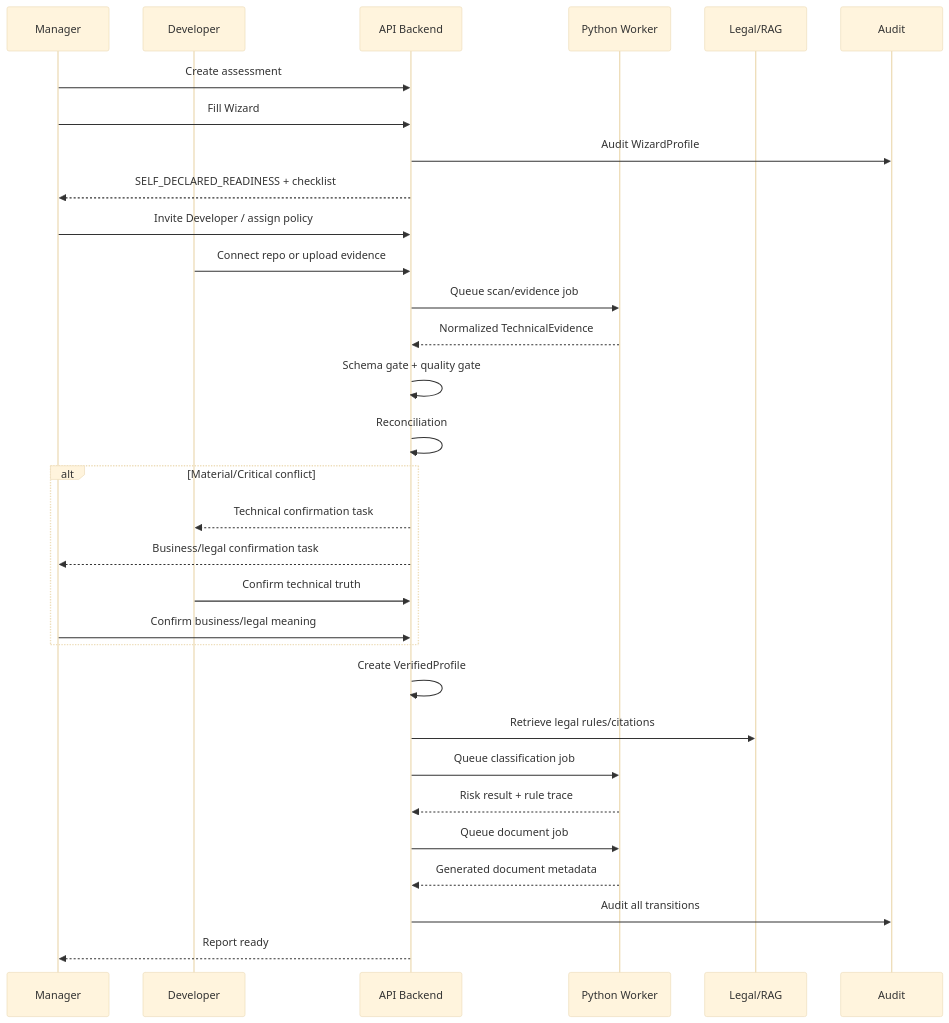
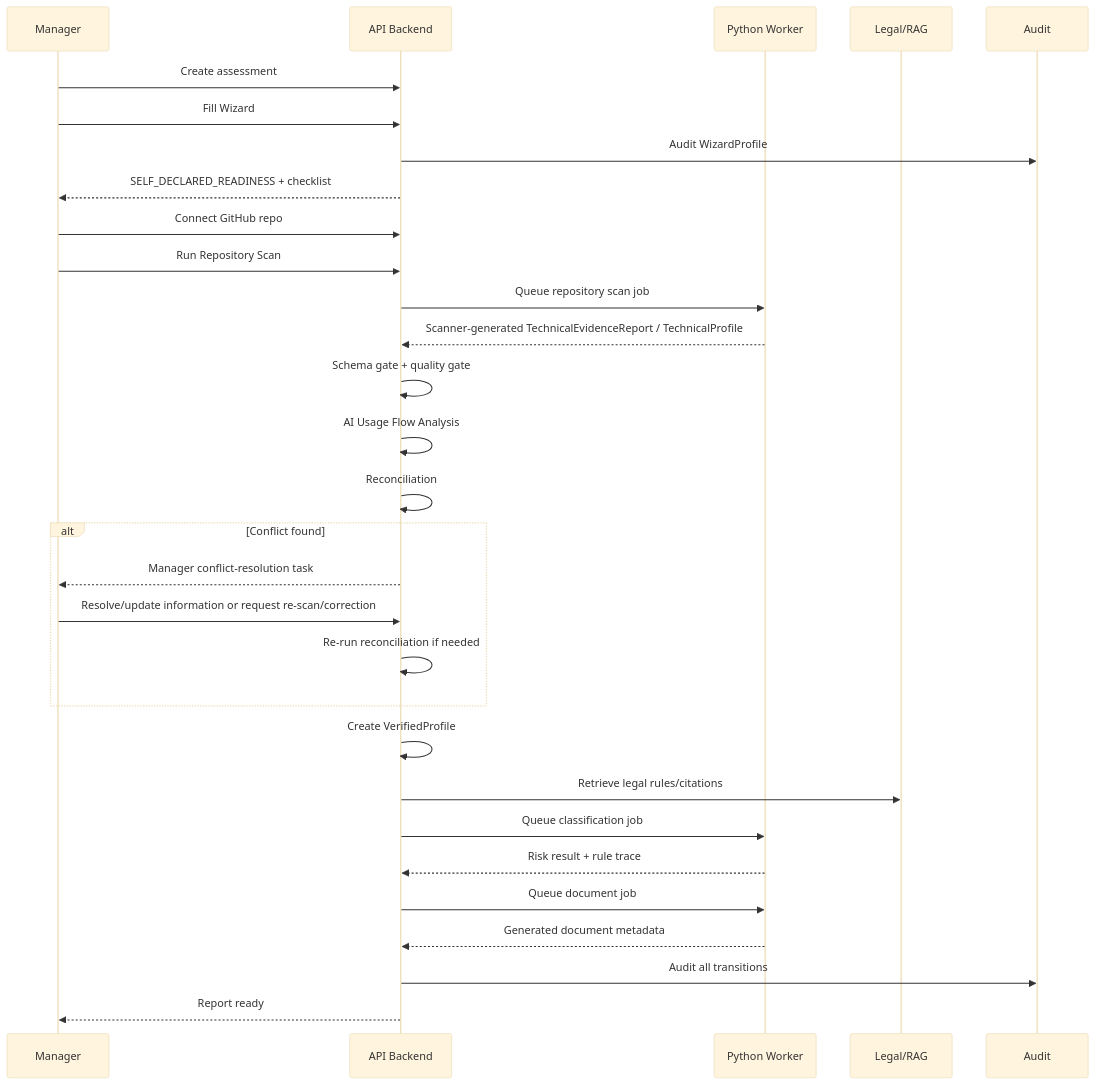
The second of 4 diagrams in docs/architecture/architecture.md (khovan123/LCSP), drawn with Mermaid (base theme) before and after one commit. The commit also changed other lines of this file and 122 other files, not shown here.

````diff
--- a/docs/architecture/architecture.md
+++ b/docs/architecture/architecture.md
@@ -301,34 +320,33 @@
 ```mermaid
 sequenceDiagram
     participant M as Manager
-    participant D as Developer
     participant API as API Backend
     participant W as Python Worker
     participant R as Legal/RAG
     participant A as Audit
 
     M->>API: Create assessment
     M->>API: Fill Wizard
     API->>A: Audit WizardProfile
     API-->>M: SELF_DECLARED_READINESS + checklist
-    M->>API: Invite Developer / assign policy
-    D->>API: Connect repo or upload evidence
-    API->>W: Queue scan/evidence job
-    W-->>API: Normalized TechnicalEvidence
+    M->>API: Connect GitHub repo
+    M->>API: Run Repository Scan
+    API->>W: Queue repository scan job
+    W-->>API: Scanner-generated TechnicalEvidenceReport / TechnicalProfile
     API->>API: Schema gate + quality gate
+    API->>API: AI Usage Flow Analysis
     API->>API: Reconciliation
-    alt Material/Critical conflict
-        API-->>D: Technical confirmation task
-        API-->>M: Business/legal confirmation task
-        D->>API: Confirm technical truth
-        M->>API: Confirm business/legal meaning
+    alt Conflict found
+        API-->>M: Manager conflict-resolution task
+        M->>API: Resolve/update information or request re-scan/correction
+        API->>API: Re-run reconciliation if needed
     end
     API->>API: Create VerifiedProfile
     API->>R: Retrieve legal rules/citations
     API->>W: Queue classification job
     W-->>API: Risk result + rule trace
     API->>W: Queue document job
     W-->>API: Generated document metadata
     API->>A: Audit all transitions
     API-->>M: Report ready
 ```
````
